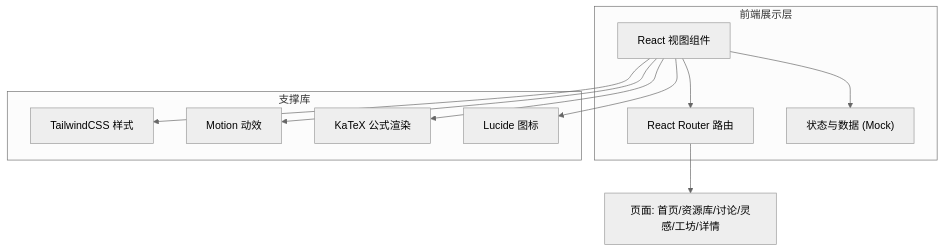
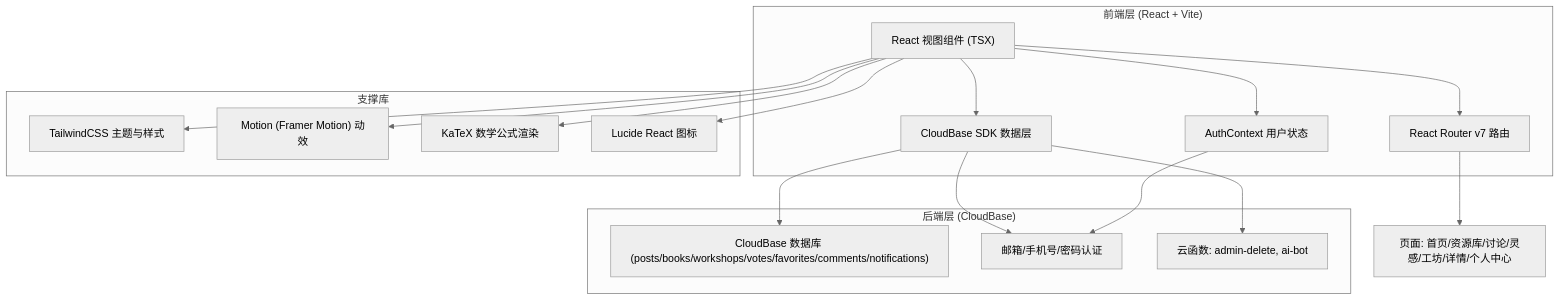
One commit to libinyam/tianji changed the diagram in .trae/documents/天玑-技术架构文档.md. Above: the diagram before and after it, drawn with Mermaid (neutral theme). The commit also changed other lines of this file and 7 other files, not shown here.

Commit message:
fix: add maxLength to all inputs and textareas (#57); update tech architecture doc to match actual CloudBase implementation (#61)

````diff
--- a/.trae/documents/天玑-技术架构文档.md
+++ b/.trae/documents/天玑-技术架构文档.md
@@ -7,21 +7,33 @@
 ```mermaid
 flowchart TD
-    subgraph FE["前端展示层"]
-        UI["React 视图组件"]
-        R["React Router 路由"]
-        ST["状态与数据 (Mock)"]
+    subgraph FE["前端层 (React + Vite)"]
+        UI["React 视图组件 (TSX)"]
+        R["React Router v7 路由"]
+        AUTH["AuthContext 用户状态"]
+        ST["CloudBase SDK 数据层"]
     end
     subgraph LIB["支撑库"]
-        TW["TailwindCSS 样式"]
-        MO["Motion 动效"]
-        KX["KaTeX 公式渲染"]
-        IC["Lucide 图标"]
+        TW["TailwindCSS 主题与样式"]
+        MO["Motion (Framer Motion) 动效"]
+        KX["KaTeX 数学公式渲染"]
+        IC["Lucide React 图标"]
     end
+    subgraph CLOUD["后端层 (CloudBase)"]
+        DB["CloudBase 数据库 (posts/books/workshops/votes/favorites/comments/notifications)"]
+        LOGIN["邮箱/手机号/密码认证"]
+        FN["云函数: admin-delete, ai-bot"]
+    end
+
     UI --> R
+    UI --> AUTH
     UI --> ST
+    ST --> DB
+    ST --> LOGIN
+    AUTH --> LOGIN
     UI --> TW
     UI --> MO
     UI --> KX
     UI --> IC
-    R --> P["页面: 首页/资源库/讨论/灵感/工坊/详情"]
+    R --> P["页面: 首页/资源库/讨论/灵感/工坊/详情/个人中心"]
+    ST --> FN
 ```
````
